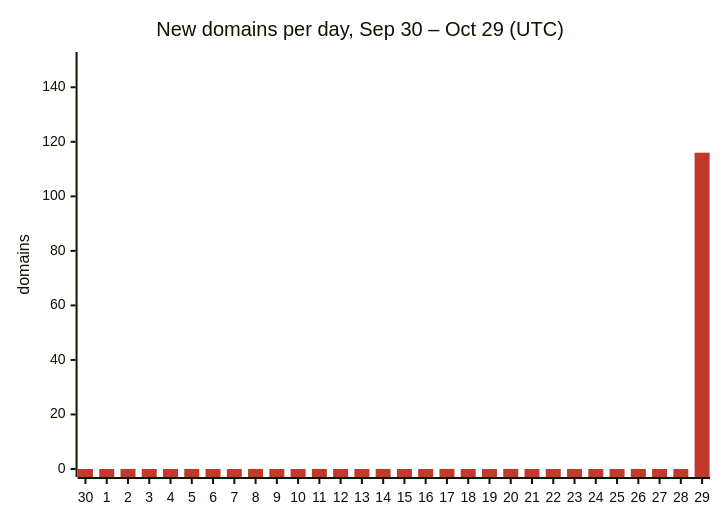
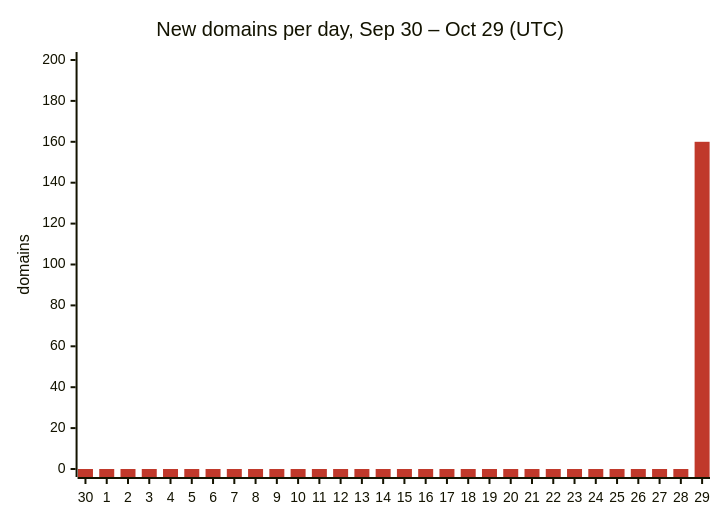
The first of 2 diagrams in README.md (DNSBunker/CTI), drawn with Mermaid before and after one commit. The commit also changed other lines of this file and 3 other files, not shown here.

````diff
--- a/README.md
+++ b/README.md
@@ -29,8 +29,8 @@
 ```mermaid
 %%{init: {"themeVariables": {"xyChart": {"plotColorPalette": "#c0392b"}}}}%%
 xychart-beta
     title "New domains per day, Sep 30 – Oct 29 (UTC)"
     x-axis ["30", "1", "2", "3", "4", "5", "6", "7", "8", "9", "10", "11", "12", "13", "14", "15", "16", "17", "18", "19", "20", "21", "22", "23", "24", "25", "26", "27", "28", "29"]
-    y-axis "domains" 0 --> 150
-    bar [0, 0, 0, 0, 0, 0, 0, 0, 0, 0, 0, 0, 0, 0, 0, 0, 0, 0, 0, 0, 0, 0, 0, 0, 0, 0, 0, 0, 0, 116]
+    y-axis "domains" 0 --> 200
+    bar [0, 0, 0, 0, 0, 0, 0, 0, 0, 0, 0, 0, 0, 0, 0, 0, 0, 0, 0, 0, 0, 0, 0, 0, 0, 0, 0, 0, 0, 160]
 ```
````
